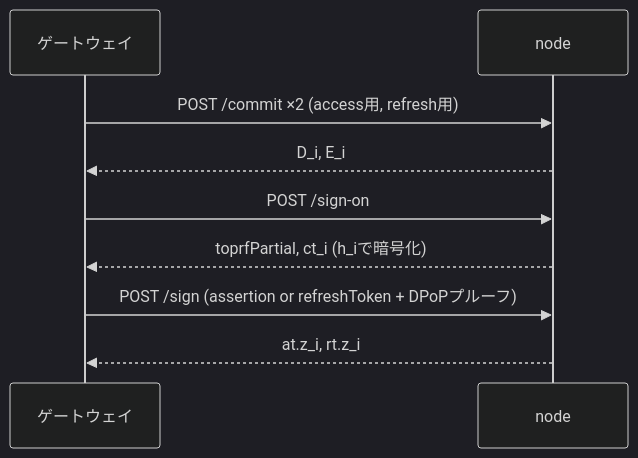
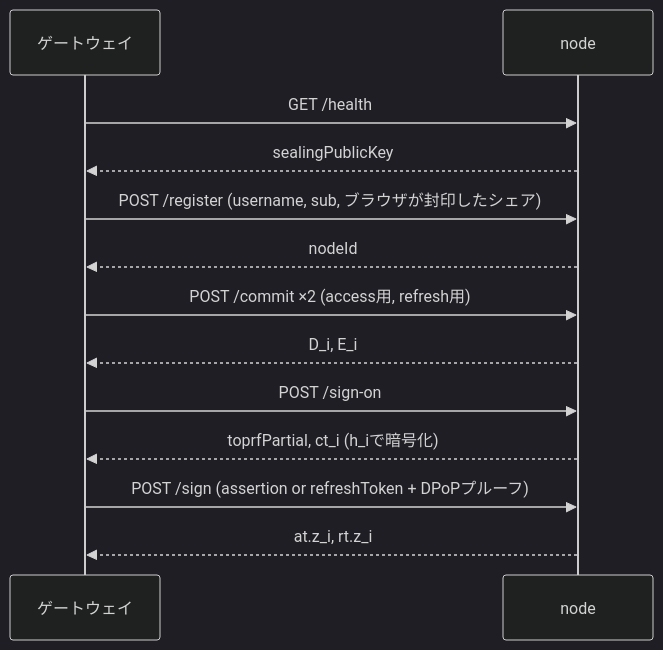
One commit to oskn259/decentralized_idp changed the diagram in projects/node/README.md. Above: the diagram before and after it, drawn with Mermaid (dark theme). The commit also changed other lines of this file and 34 other files, not shown here.

First line of the commit message:
Users register themselves: /register on the node, relayed by the gateway

````diff
--- a/projects/node/README.md
+++ b/projects/node/README.md
@@ -85,11 +99,15 @@
 ```mermaid
 sequenceDiagram
     participant GW as ゲートウェイ
     participant N as node
+    GW->>N: GET /health
+    N-->>GW: sealingPublicKey
+    GW->>N: POST /register (username, sub, ブラウザが封印したシェア)
+    N-->>GW: nodeId
     GW->>N: POST /commit ×2 (access用, refresh用)
     N-->>GW: D_i, E_i
     GW->>N: POST /sign-on
     N-->>GW: toprfPartial, ct_i (h_iで暗号化)
     GW->>N: POST /sign (assertion or refreshToken + DPoPプルーフ)
     N-->>GW: at.z_i, rt.z_i
 ```
````
